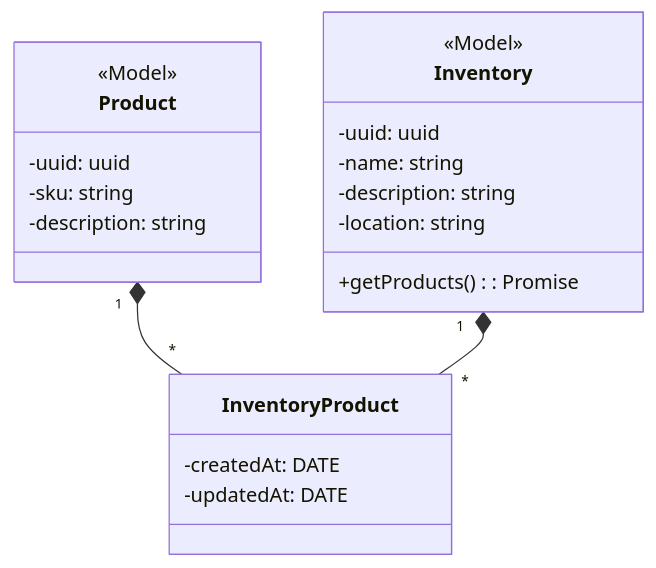
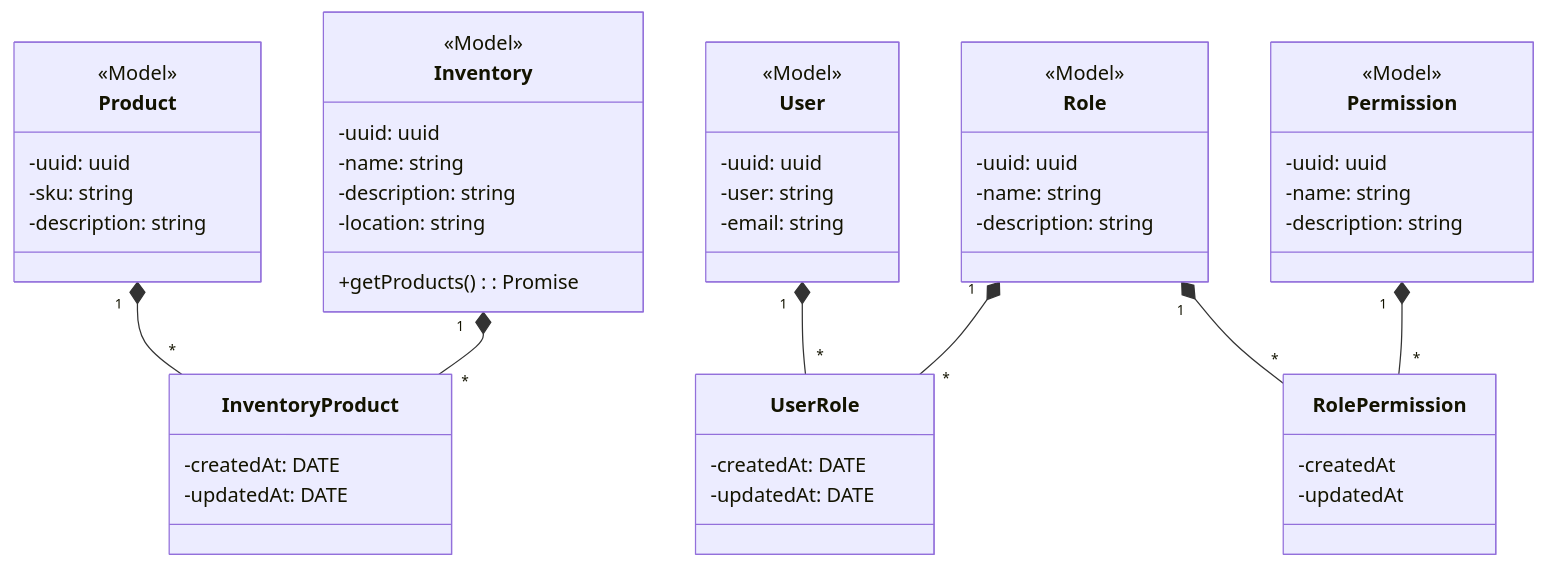
One commit to bruwyvn/mini-erp changed the diagram in README.md. Above: the diagram before and after it, drawn with Mermaid. The commit also changed 1 other file, not shown here.

Commit message:
feat: update models diagram, permission

````diff
--- a/README.md
+++ b/README.md
@@ -84,26 +84,61 @@
 ```mermaid
 classDiagram
   class Inventory {
     <<Model>>
     -uuid: uuid
     -name: string
     -description: string
     -location: string
     +getProducts(): Promise<Product[]>
   }
 
   class Product {
     <<Model>>
     -uuid: uuid
     -sku: string
     -description: string
   }
 
+  class User {
+    <<Model>>
+    -uuid: uuid
+    -user: string
+    -email: string
+  }
+
+  class Role {
+    <<Model>>
+    -uuid: uuid
+    -name: string
+    -description: string
+  }
+
+  class Permission {
+    <<Model>>
+    -uuid: uuid
+    -name: string
+    -description: string
+  }
+
   class InventoryProduct {
-        -createdAt: DATE
-        -updatedAt: DATE
+    -createdAt: DATE
+    -updatedAt: DATE
+  }
+
+  class UserRole {
+    -createdAt: DATE
+    -updatedAt: DATE
+  }
+
+  class RolePermission {
+    -createdAt
+    -updatedAt
   }
 
   Product "1" *-- "*" InventoryProduct
   Inventory "1" *-- "*" InventoryProduct
+  User "1" *-- "*" UserRole
+  Role "1" *-- "*" UserRole
+  Role "1" *-- "*" RolePermission
+  Permission "1" *-- "*" RolePermission
 ```
````
